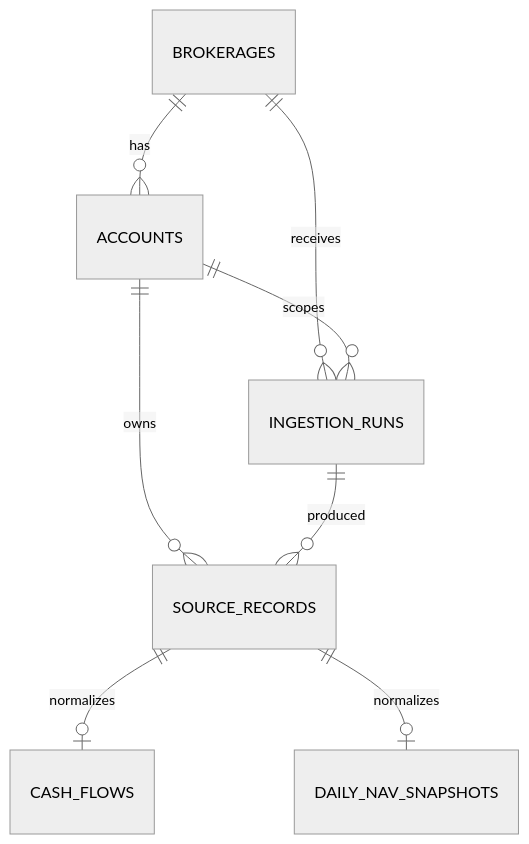
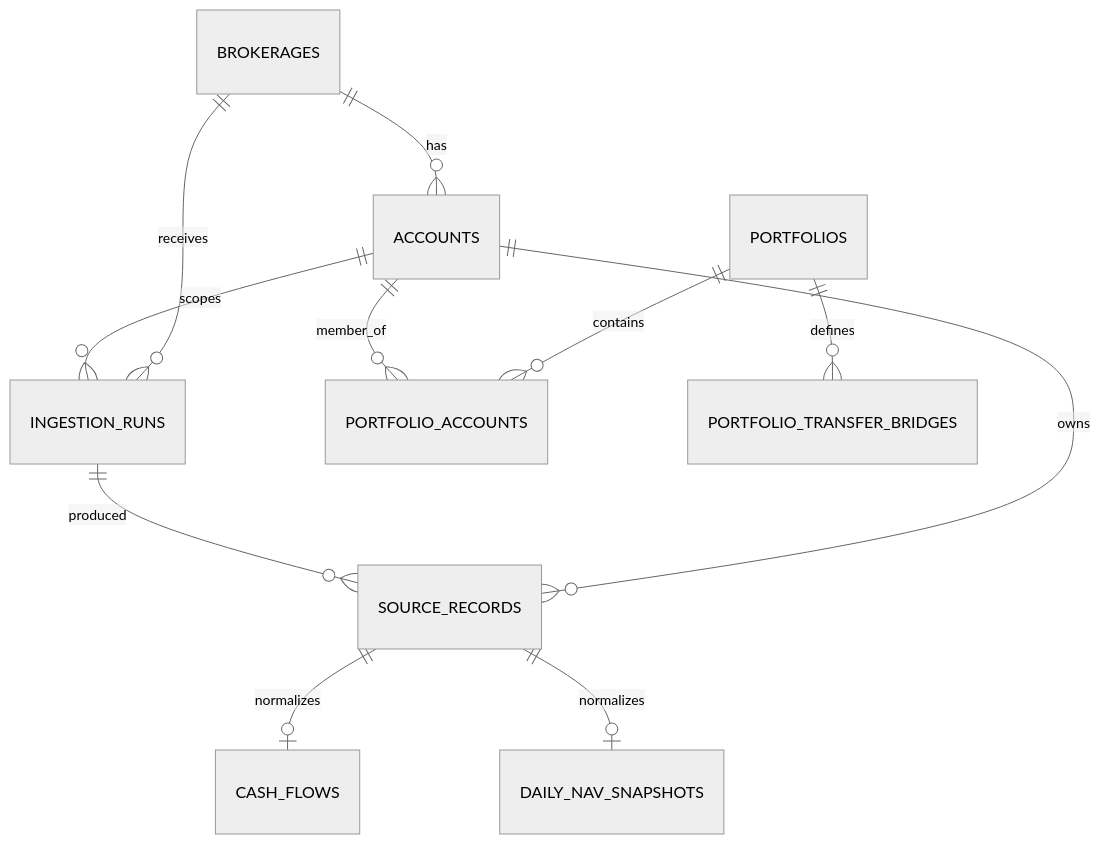
One commit to aninditkarmakar/superfolio changed the diagram in docs/database/schema.md. Above: the diagram before and after it, drawn with Mermaid (neutral theme). The commit also changed other lines of this file and 23 other files, not shown here.

````diff
--- a/docs/database/schema.md
+++ b/docs/database/schema.md
@@ -7,10 +7,13 @@
 ```mermaid
 erDiagram
     BROKERAGES ||--o{ ACCOUNTS : has
     BROKERAGES ||--o{ INGESTION_RUNS : receives
     ACCOUNTS ||--o{ INGESTION_RUNS : scopes
     ACCOUNTS ||--o{ SOURCE_RECORDS : owns
     INGESTION_RUNS ||--o{ SOURCE_RECORDS : produced
     SOURCE_RECORDS ||--o| CASH_FLOWS : normalizes
     SOURCE_RECORDS ||--o| DAILY_NAV_SNAPSHOTS : normalizes
+    PORTFOLIOS ||--o{ PORTFOLIO_ACCOUNTS : contains
+    ACCOUNTS ||--o{ PORTFOLIO_ACCOUNTS : member_of
+    PORTFOLIOS ||--o{ PORTFOLIO_TRANSFER_BRIDGES : defines
 ```
````
